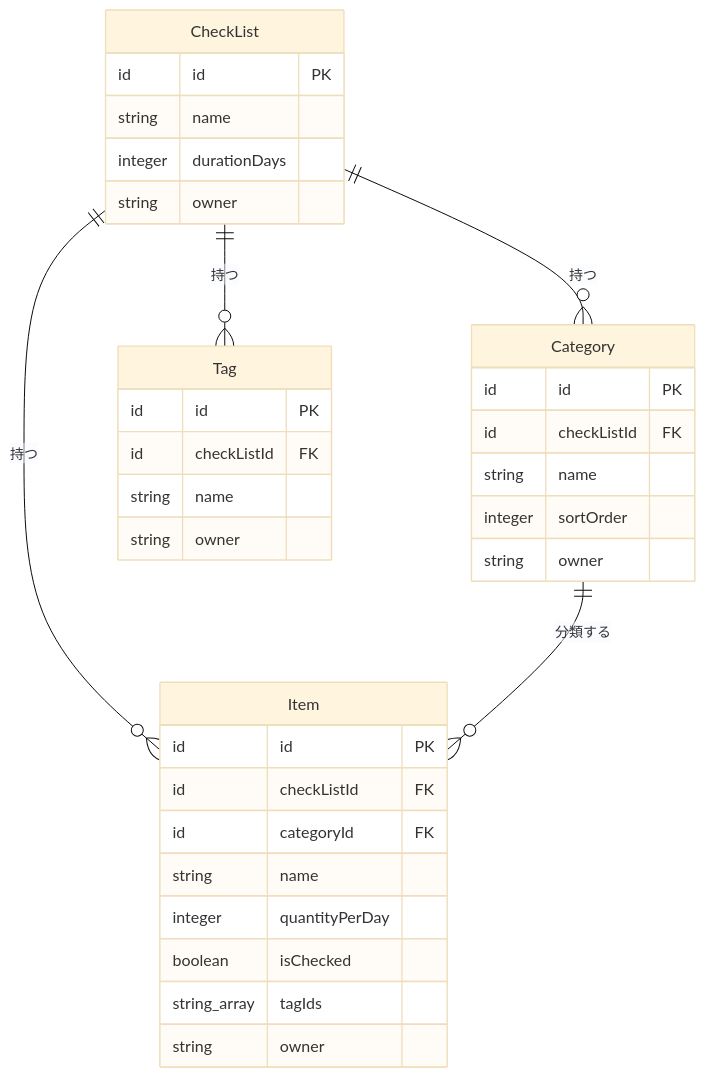
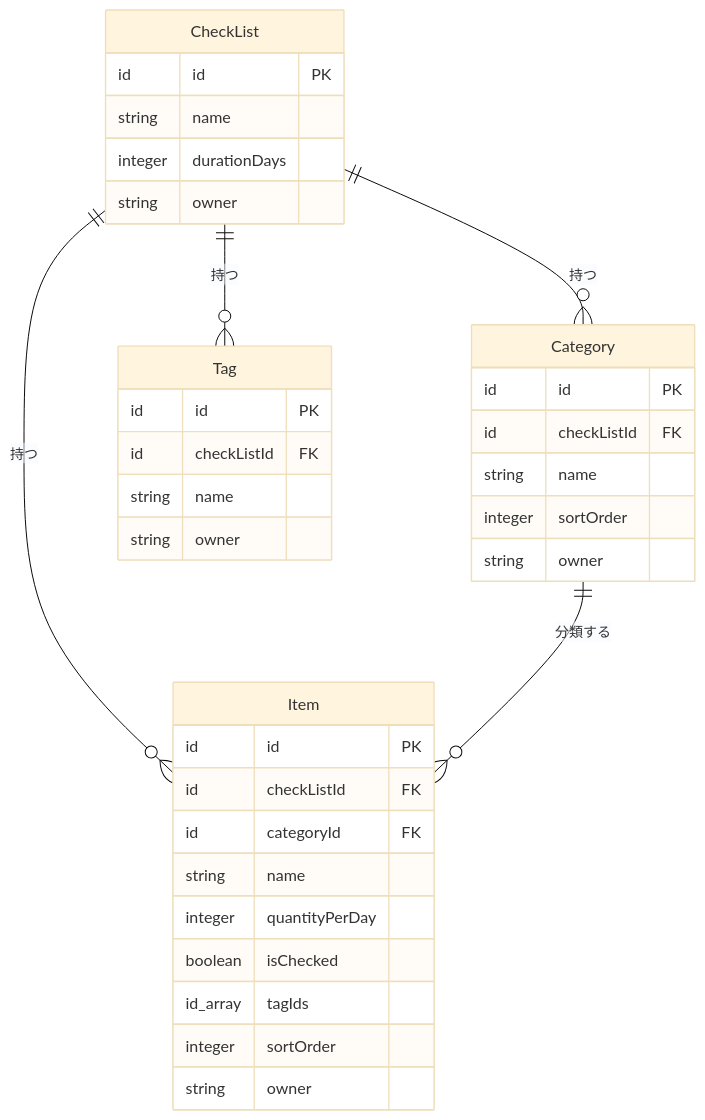
The third of 3 diagrams in doc/persistent/functional-design.md (ogawaj/Amplify-G2-Checklist), drawn with Mermaid (base theme) before and after one commit. The commit also changed other lines of this file and 136 other files, not shown here.

````diff
--- a/doc/persistent/functional-design.md
+++ b/doc/persistent/functional-design.md
@@ -160,37 +174,38 @@
 ```mermaid
 erDiagram
     CheckList ||--o{ Category : "持つ"
     CheckList ||--o{ Tag : "持つ"
     CheckList ||--o{ Item : "持つ"
     Category ||--o{ Item : "分類する"
 
     CheckList {
         id id PK
         string name
         integer durationDays
         string owner
     }
     Category {
         id id PK
         id checkListId FK
         string name
         integer sortOrder
         string owner
     }
     Tag {
         id id PK
         id checkListId FK
         string name
         string owner
     }
     Item {
         id id PK
         id checkListId FK
         id categoryId FK
         string name
         integer quantityPerDay
         boolean isChecked
-        string_array tagIds
+        id_array tagIds
+        integer sortOrder
         string owner
     }
 ```
````
